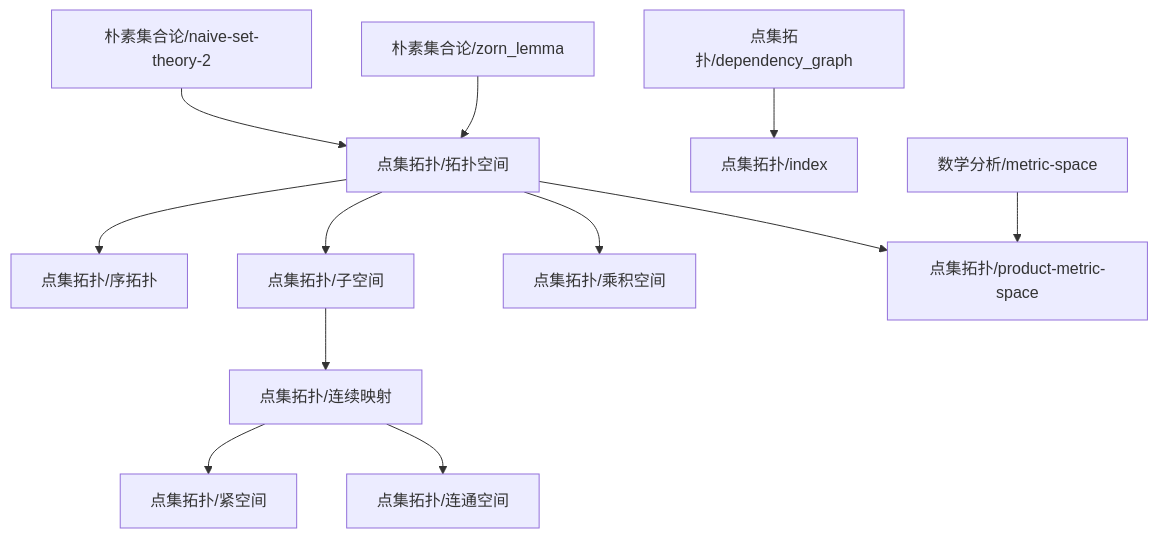
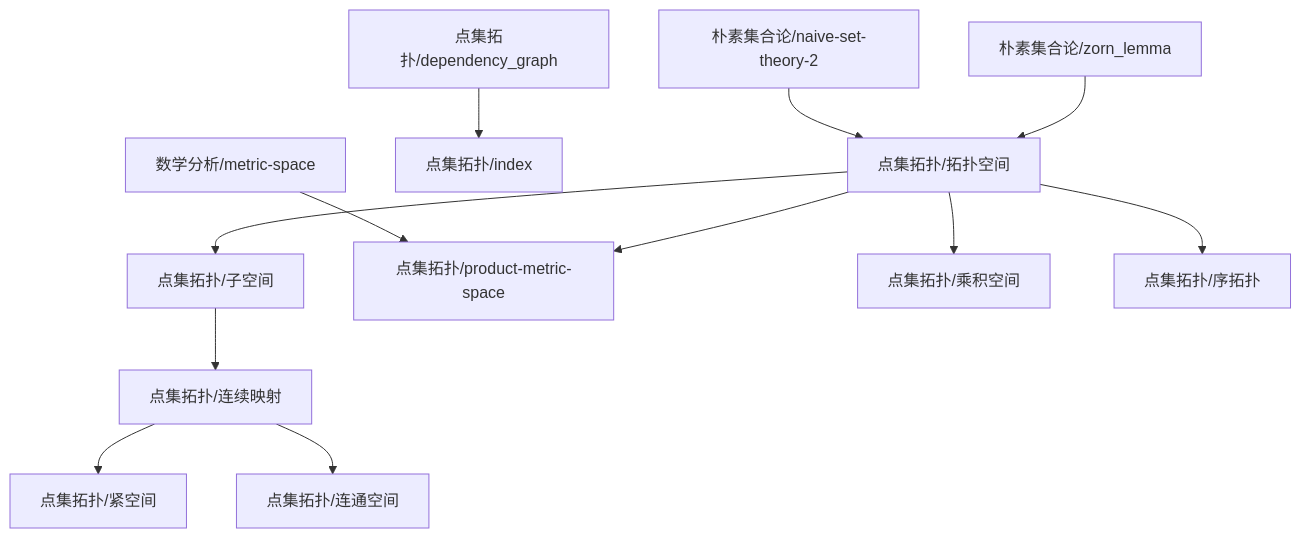
The diagram in content/点集拓扑/dependency_graph.md (zeroDtree/zeroDtree.github.io), drawn with Mermaid before and after one commit. The commit also changed 11 other files, not shown here.

````diff
--- a/content/点集拓扑/dependency_graph.md
+++ b/content/点集拓扑/dependency_graph.md
@@ -1,14 +1,14 @@
 ```mermaid
 graph TD
-1["点集拓扑/连续映射"] --> 0["点集拓扑/紧空间"]
-2["点集拓扑/子空间"] --> 1["点集拓扑/连续映射"]
-1["点集拓扑/连续映射"] --> 3["点集拓扑/连通空间"]
-5["点集拓扑/拓扑空间"] --> 4["点集拓扑/序拓扑"]
-7["点集拓扑/dependency_graph"] --> 6["点集拓扑/index"]
-5["点集拓扑/拓扑空间"] --> 2["点集拓扑/子空间"]
-5["点集拓扑/拓扑空间"] --> 8["点集拓扑/乘积空间"]
-9["朴素集合论/naive-set-theory-2"] --> 5["点集拓扑/拓扑空间"]
-10["朴素集合论/zorn_lemma"] --> 5["点集拓扑/拓扑空间"]
-12["数学分析/metric-space"] --> 11["点集拓扑/product-metric-space"]
-5["点集拓扑/拓扑空间"] --> 11["点集拓扑/product-metric-space"]
+1["朴素集合论/naive-set-theory-2"] --> 0["点集拓扑/拓扑空间"]
+2["朴素集合论/zorn_lemma"] --> 0["点集拓扑/拓扑空间"]
+4["点集拓扑/子空间"] --> 3["点集拓扑/连续映射"]
+6["点集拓扑/dependency_graph"] --> 5["点集拓扑/index"]
+0["点集拓扑/拓扑空间"] --> 4["点集拓扑/子空间"]
+3["点集拓扑/连续映射"] --> 7["点集拓扑/紧空间"]
+9["数学分析/metric-space"] --> 8["点集拓扑/product-metric-space"]
+0["点集拓扑/拓扑空间"] --> 8["点集拓扑/product-metric-space"]
+3["点集拓扑/连续映射"] --> 10["点集拓扑/连通空间"]
+0["点集拓扑/拓扑空间"] --> 11["点集拓扑/乘积空间"]
+0["点集拓扑/拓扑空间"] --> 12["点集拓扑/序拓扑"]
 ```
````
